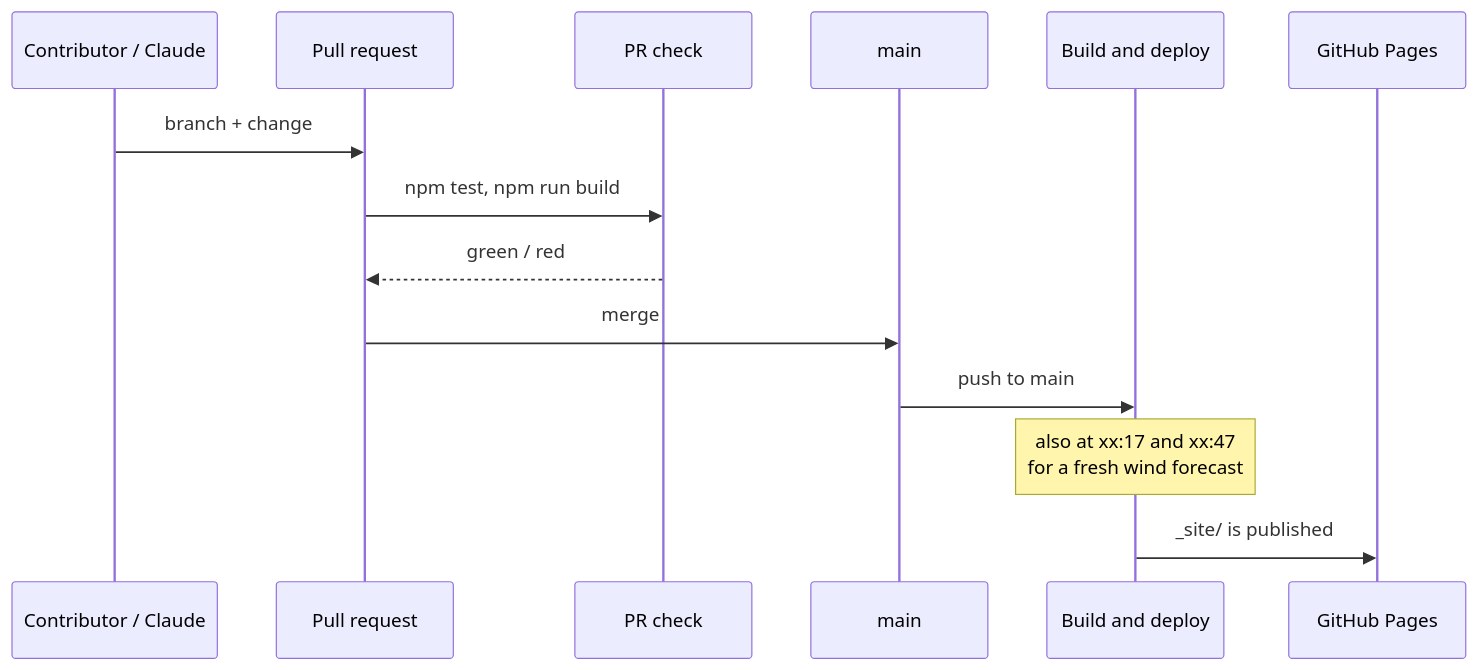
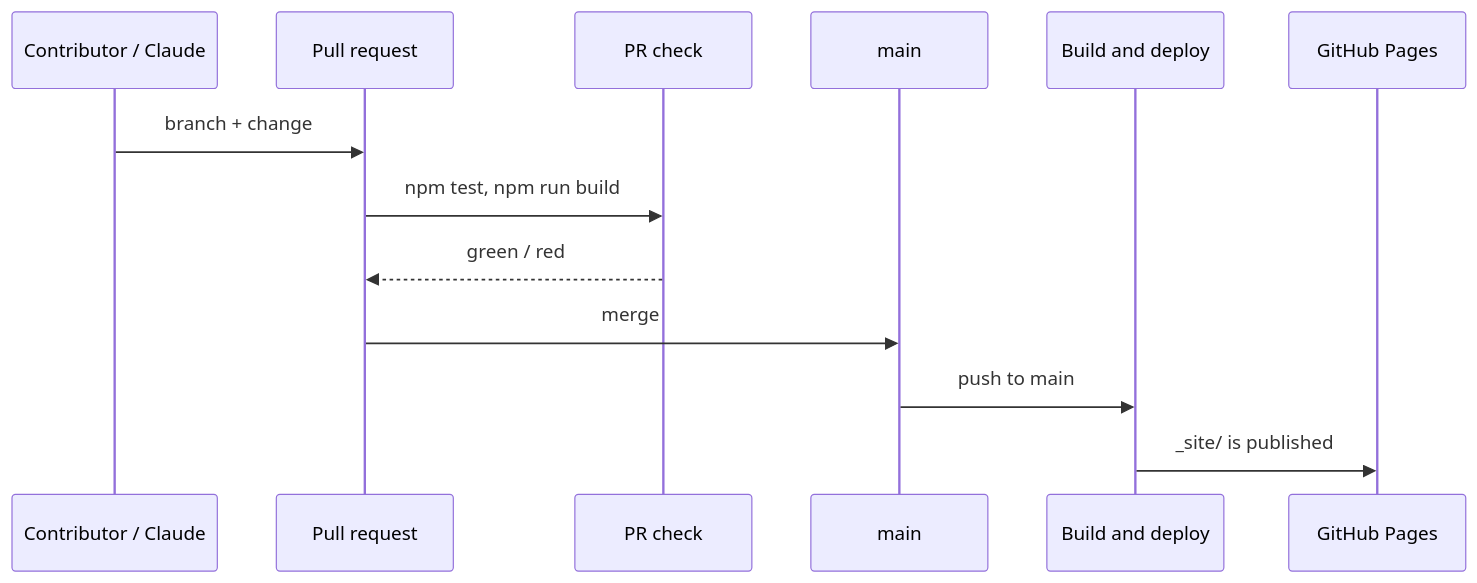
Before and after one commit to hpgt-com/flying-sites: the fifth of 6 diagrams in docs/architecture.md, drawn with Mermaid. The commit also changed other lines of this file and 10 other files, not shown here.

````diff
--- a/docs/architecture.md
+++ b/docs/architecture.md
@@ -204,17 +205,16 @@
 ```mermaid
 sequenceDiagram
   participant Dev as Contributor / Claude
   participant PR as Pull request
   participant CI as PR check
   participant Main as main
   participant Deploy as Build and deploy
   participant Pages as GitHub Pages
 
   Dev->>PR: branch + change
   PR->>CI: npm test, npm run build
   CI-->>PR: green / red
   PR->>Main: merge
   Main->>Deploy: push to main
-  Note over Deploy: also at xx:17 and xx:47<br/>for a fresh wind forecast
   Deploy->>Pages: _site/ is published
 ```
````
